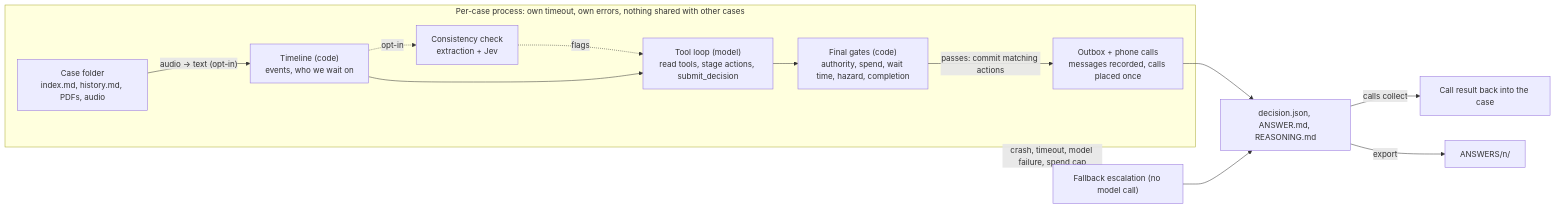
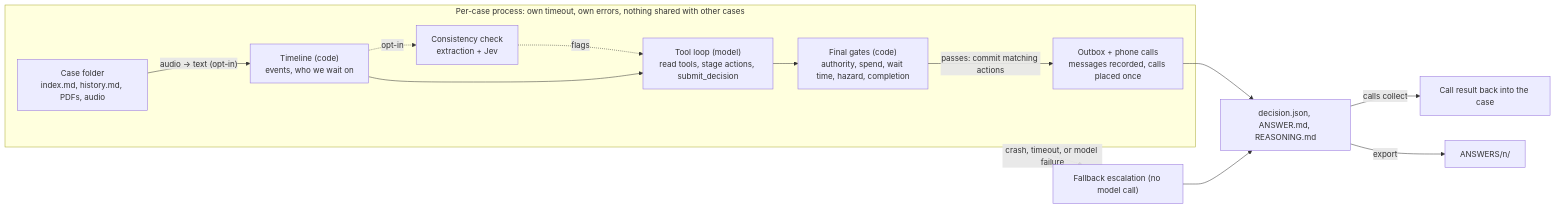
Before and after one commit to kulakovvad/lettable: the diagram in README.md, drawn with Mermaid. The commit also changed other lines of this file and 14 other files, not shown here.

````diff
--- a/README.md
+++ b/README.md
@@ -27,16 +27,16 @@
 ```mermaid
 flowchart LR
   subgraph W["Per-case process: own timeout, own errors, nothing shared with other cases"]
     A["Case folder<br/>index.md, history.md, PDFs, audio"] -->|"audio -> text (opt-in)"| B["Timeline (code)<br/>events, who we wait on"]
     B -.->|"opt-in"| K["Consistency check<br/>extraction + Jev"]
     K -.->|flags| C
     B --> C["Tool loop (model)<br/>read tools, stage actions, submit_decision"]
     C --> D["Final gates (code)<br/>authority, spend, wait time, hazard, completion"]
     D -->|"passes: commit matching actions"| E["Outbox + phone calls<br/>messages recorded, calls placed once"]
   end
   E --> F["decision.json, ANSWER.md, REASONING.md"]
-  W -. "crash, timeout, model failure, spend cap" .-> G["Fallback escalation (no model call)"]
+  W -. "crash, timeout, or model failure" .-> G["Fallback escalation (no model call)"]
   G --> F
   F -->|"calls collect"| H["Call result back into the case"]
   F -->|"export"| I["ANSWERS/n/"]
 ```
````
